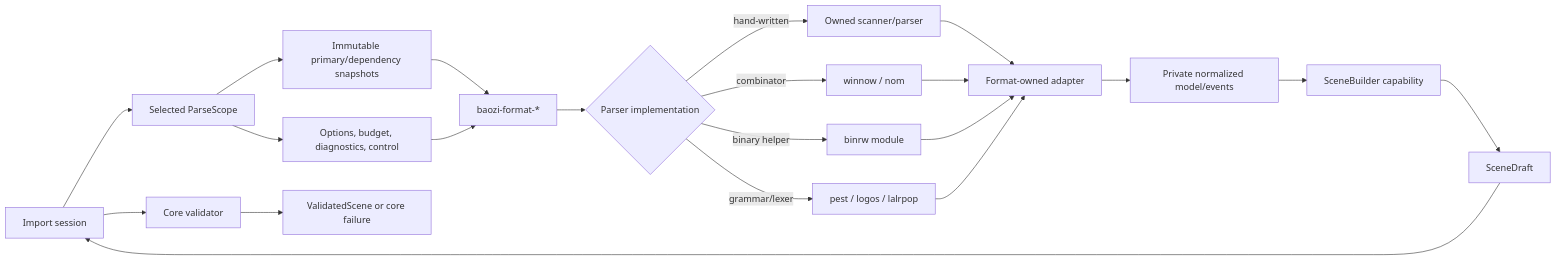
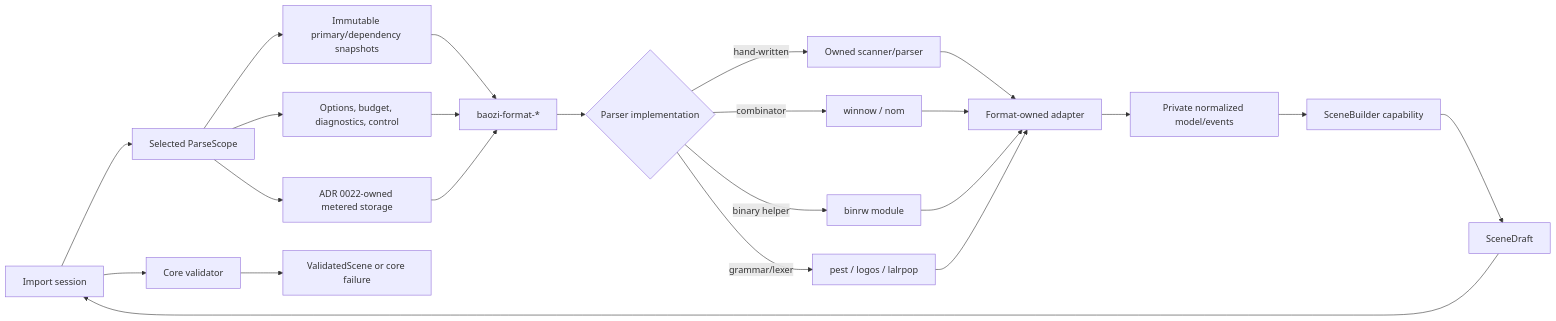
Before and after one commit to Latias94/baozi: the first of 2 diagrams in docs/adr/0018-parser-tooling-and-format-owned-parser-policy.md, drawn with Mermaid. The commit also changed other lines of this file and 32 other files, not shown here.

First line of the commit message:
feat(architecture): enforce canonical ADR governance

````diff
--- a/docs/adr/0018-parser-tooling-and-format-owned-parser-policy.md
+++ b/docs/adr/0018-parser-tooling-and-format-owned-parser-policy.md
@@ -85,23 +93,25 @@
 ```mermaid
 flowchart LR
     Session[Import session] --> Scope[Selected ParseScope]
     Scope --> Input[Immutable primary/dependency snapshots]
     Scope --> Capabilities[Options, budget, diagnostics, control]
+    Scope --> Storage[ADR 0022-owned metered storage]
     Input --> FormatCrate[baozi-format-*]
     Capabilities --> FormatCrate
+    Storage --> FormatCrate
     FormatCrate --> Tool{Parser implementation}
     Tool -->|hand-written| Owned[Owned scanner/parser]
     Tool -->|combinator| Combinator[winnow / nom]
     Tool -->|binary helper| Binary[binrw module]
     Tool -->|grammar/lexer| Generated[pest / logos / lalrpop]
     Owned --> Adapter[Format-owned adapter]
     Combinator --> Adapter
     Binary --> Adapter
     Generated --> Adapter
     Adapter --> Normalized[Private normalized model/events]
     Normalized --> Builder[SceneBuilder capability]
     Builder --> Draft[SceneDraft]
     Draft --> Session
     Session --> Validator[Core validator]
     Validator --> Validated[ValidatedScene or core failure]
 ```
````
